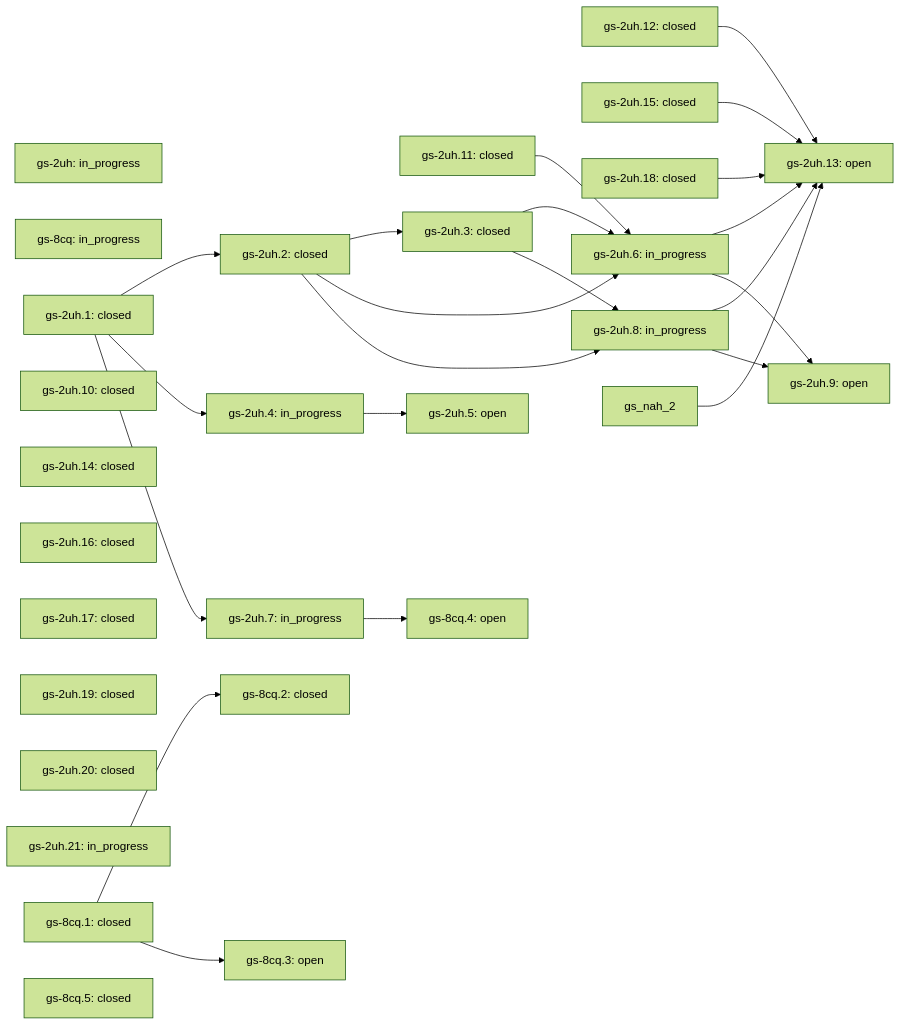
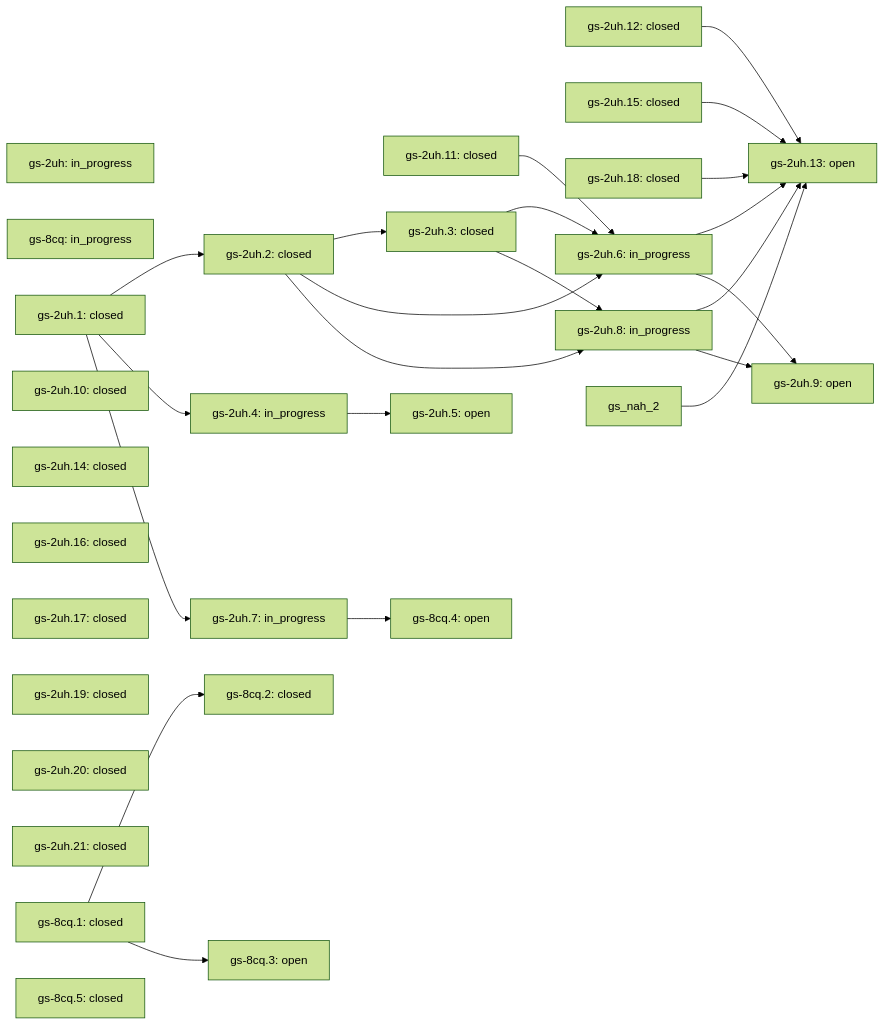
One commit to lifeofgurpreet/G-Skills changed the diagram in docs/skills/vps-health/ROADMAP.md. Above: the diagram before and after it, drawn with Mermaid (forest theme). The commit also changed other lines of this file and 4 other files, not shown here.

````diff
--- a/docs/skills/vps-health/ROADMAP.md
+++ b/docs/skills/vps-health/ROADMAP.md
@@ -40,52 +40,52 @@
 ```mermaid
 flowchart LR
   gs_2uh["gs-2uh: in_progress"]
   gs_8cq["gs-8cq: in_progress"]
   gs_2uh_1["gs-2uh.1: closed"]
   gs_2uh_10["gs-2uh.10: closed"]
   gs_2uh_11["gs-2uh.11: closed"]
   gs_2uh_12["gs-2uh.12: closed"]
   gs_2uh_13["gs-2uh.13: open"]
   gs_2uh_12 --> gs_2uh_13
   gs_2uh_15 --> gs_2uh_13
   gs_2uh_18 --> gs_2uh_13
   gs_2uh_6 --> gs_2uh_13
   gs_2uh_8 --> gs_2uh_13
   gs_nah_2 --> gs_2uh_13
   gs_2uh_14["gs-2uh.14: closed"]
   gs_2uh_15["gs-2uh.15: closed"]
   gs_2uh_16["gs-2uh.16: closed"]
   gs_2uh_17["gs-2uh.17: closed"]
   gs_2uh_18["gs-2uh.18: closed"]
   gs_2uh_19["gs-2uh.19: closed"]
   gs_2uh_2["gs-2uh.2: closed"]
   gs_2uh_1 --> gs_2uh_2
   gs_2uh_20["gs-2uh.20: closed"]
-  gs_2uh_21["gs-2uh.21: in_progress"]
+  gs_2uh_21["gs-2uh.21: closed"]
   gs_2uh_3["gs-2uh.3: closed"]
   gs_2uh_2 --> gs_2uh_3
   gs_2uh_4["gs-2uh.4: in_progress"]
   gs_2uh_1 --> gs_2uh_4
   gs_2uh_5["gs-2uh.5: open"]
   gs_2uh_4 --> gs_2uh_5
   gs_2uh_6["gs-2uh.6: in_progress"]
   gs_2uh_11 --> gs_2uh_6
   gs_2uh_2 --> gs_2uh_6
   gs_2uh_3 --> gs_2uh_6
   gs_2uh_8["gs-2uh.8: in_progress"]
   gs_2uh_2 --> gs_2uh_8
   gs_2uh_3 --> gs_2uh_8
   gs_8cq_1["gs-8cq.1: closed"]
   gs_8cq_2["gs-8cq.2: closed"]
   gs_8cq_1 --> gs_8cq_2
   gs_2uh_7["gs-2uh.7: in_progress"]
   gs_2uh_1 --> gs_2uh_7
   gs_2uh_9["gs-2uh.9: open"]
   gs_2uh_6 --> gs_2uh_9
   gs_2uh_8 --> gs_2uh_9
   gs_8cq_3["gs-8cq.3: open"]
   gs_8cq_1 --> gs_8cq_3
   gs_8cq_4["gs-8cq.4: open"]
   gs_2uh_7 --> gs_8cq_4
   gs_8cq_5["gs-8cq.5: closed"]
 ```
````
